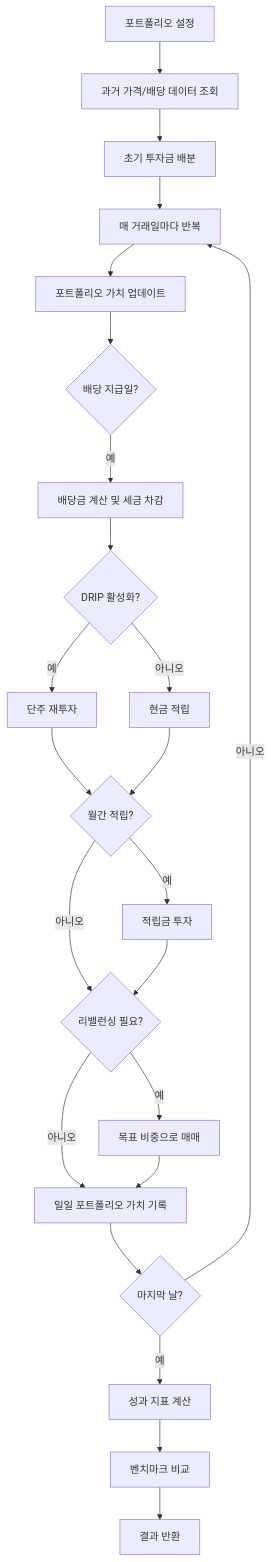
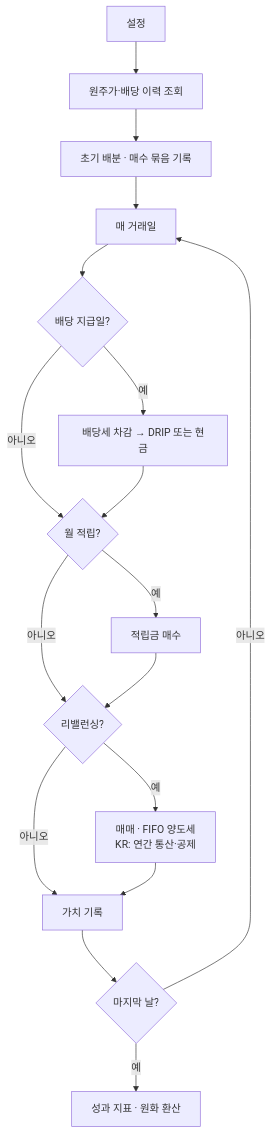
Before and after one commit to YS-investment/dividend: the second of 2 diagrams in README.md, drawn with Mermaid. The commit also changed other lines of this file and 2 other files, not shown here.

````diff
--- a/README.md
+++ b/README.md
@@ -454,25 +363,19 @@
 ```mermaid
 graph TD
-    A[포트폴리오 설정] --> B[과거 가격/배당 데이터 조회]
-    B --> C[초기 투자금 배분]
-    C --> D[매 거래일마다 반복]
-    D --> E[포트폴리오 가치 업데이트]
-    E --> F{배당 지급일?}
-    F -->|예| G[배당금 계산 및 세금 차감]
-    G --> H{DRIP 활성화?}
-    H -->|예| I[단주 재투자]
-    H -->|아니오| J[현금 적립]
-    I --> K{월간 적립?}
+    A[설정] --> B[원주가·배당 이력 조회]
+    B --> C[초기 배분 · 매수 묶음 기록]
+    C --> D[매 거래일]
+    D --> E{배당 지급일?}
+    E -->|예| F[배당세 차감 → DRIP 또는 현금]
+    E -->|아니오| G{월 적립?}
+    F --> G
+    G -->|예| H[적립금 매수]
+    G -->|아니오| I{리밸런싱?}
+    H --> I
+    I -->|예| J[매매 · FIFO 양도세<br>KR: 연간 통산·공제]
+    I -->|아니오| K[가치 기록]
     J --> K
-    K -->|예| L[적립금 투자]
-    K -->|아니오| M{리밸런싱 필요?}
-    L --> M
-    M -->|예| N[목표 비중으로 매매]
-    M -->|아니오| O[일일 포트폴리오 가치 기록]
-    N --> O
-    O --> P{마지막 날?}
-    P -->|아니오| D
-    P -->|예| Q[성과 지표 계산]
-    Q --> R[벤치마크 비교]
-    R --> S[결과 반환]
+    K --> L{마지막 날?}
+    L -->|아니오| D
+    L -->|예| M[성과 지표 · 원화 환산]
 ```
````
